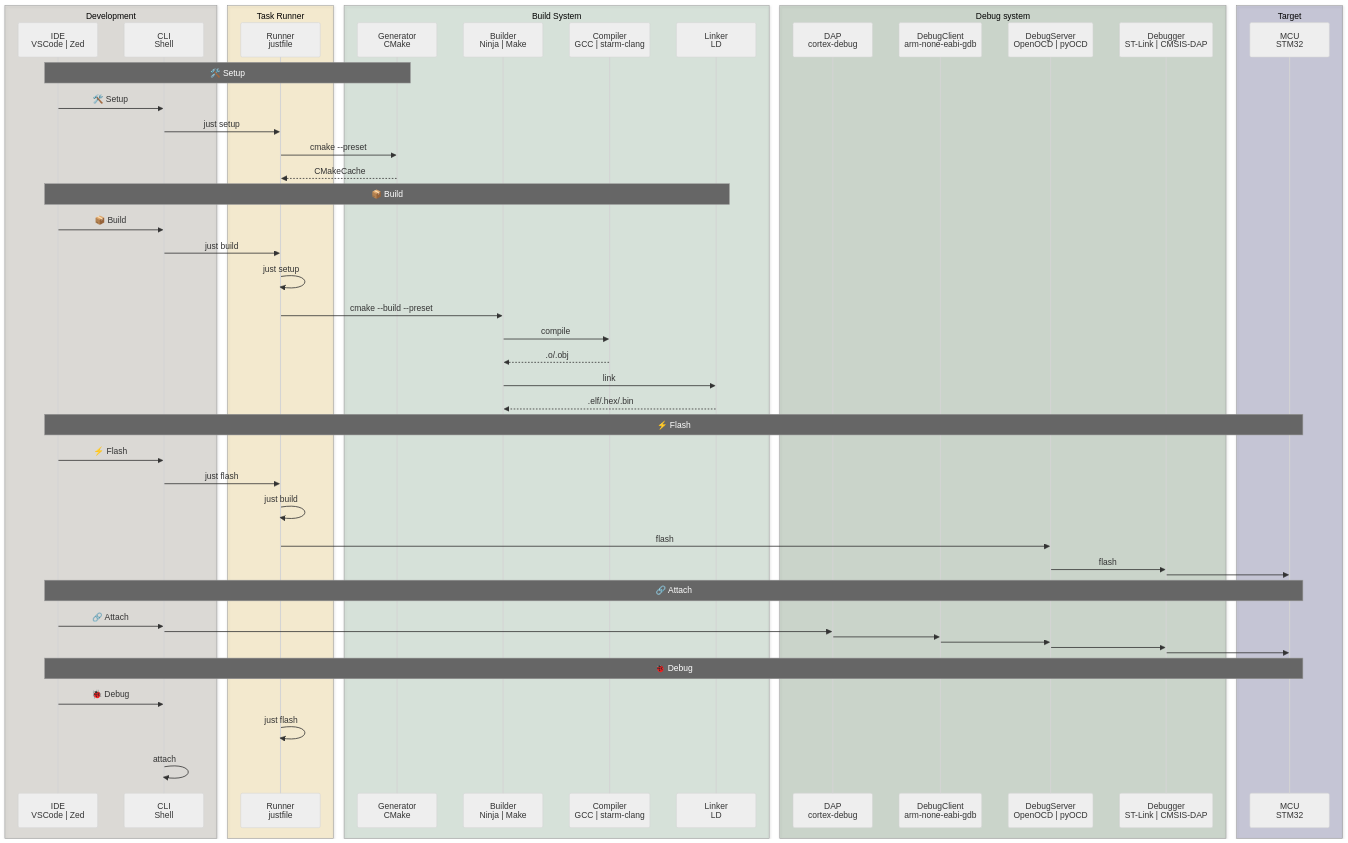
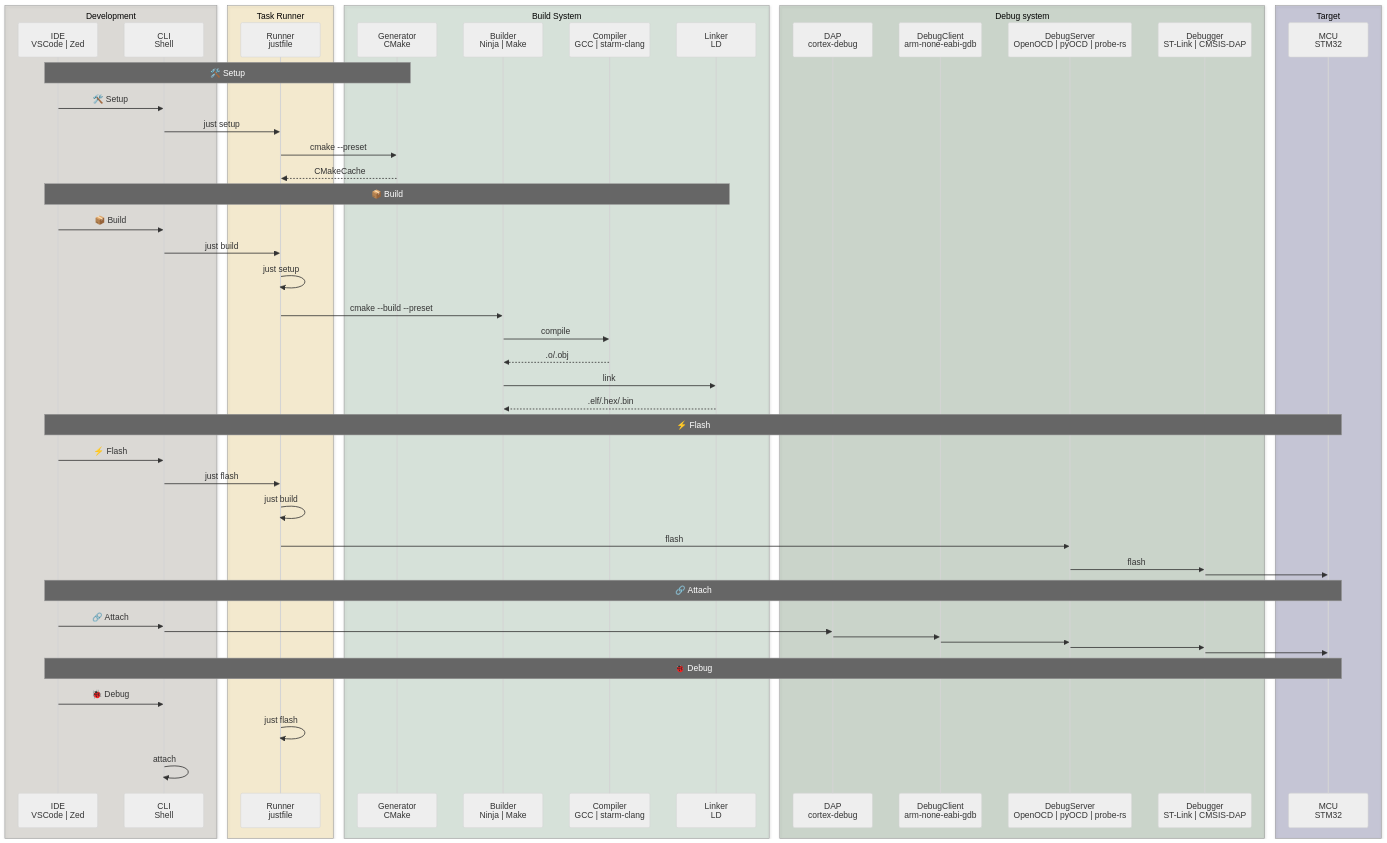
Before and after one commit to bookshiyi/stm32_prj_tmpl: the diagram in README.md, drawn with Mermaid (neutral theme). The commit also changed other lines of this file, not shown here.

````diff
--- a/README.md
+++ b/README.md
@@ -82,71 +83,71 @@
 ```mermaid
 sequenceDiagram
     box rgba(129, 122, 101, 0.2) Development
     participant IDE as IDE<br/>VSCode | Zed
     participant CLI as CLI<br/>Shell
     end
 
     box rgba(248, 198, 66, 0.2) Task Runner
     participant Runner as Runner<br/>justfile
     end
 
     box rgba(108, 161, 120, 0.2) Build System
     participant Generator as Generator<br/>CMake
     participant Builder as Builder<br/>Ninja | Make
     participant Compiler as Compiler<br/>GCC | starm-clang
     participant Linker as Linker<br/>LD
     end
 
     box rgba(48, 96, 48, 0.2) Debug system
     participant DAP as DAP<br/>cortex-debug
     participant DebugClient as DebugClient<br/>arm-none-eabi-gdb
-    participant DebugServer as DebugServer<br/>OpenOCD | pyOCD
+    participant DebugServer as DebugServer<br/>OpenOCD | pyOCD | probe-rs
     participant Debugger as Debugger<br/>ST-Link | CMSIS-DAP
     end
 
     box rgba(20, 20, 100, 0.2) Target
     participant MCU as MCU<br/>STM32
     end
 
     %% Just Setup 阶段
     Note over IDE, Generator: 🛠️ Setup
     IDE ->> CLI: 🛠️ Setup
     CLI ->> Runner: just setup
     Runner ->> Generator: cmake --preset
     Generator -->> Runner: CMakeCache
 
     %% Just Build 阶段
     Note over IDE, Linker: 📦 Build
     IDE ->> CLI: 📦 Build
     CLI ->> Runner: just build
     Runner ->> Runner: just setup
     Runner ->> Builder: cmake --build --preset
     Builder ->> Compiler: compile
     Compiler -->> Builder: .o/.obj
     Builder ->> Linker: link
     Linker -->> Builder: .elf/.hex/.bin
 
     %% Just Flash 阶段
     Note over IDE, MCU: ⚡️ Flash
     IDE ->> CLI: ⚡️ Flash
     CLI ->> Runner: just flash
     Runner ->> Runner: just build
     Runner ->> DebugServer: flash
     DebugServer ->> Debugger: flash
     Debugger ->> MCU:
 
     %% Debug 阶段
     Note over IDE, MCU: 🔗 Attach
     IDE ->> CLI: 🔗 Attach
     CLI ->> DAP:
     DAP ->> DebugClient:
     DebugClient ->> DebugServer:
     DebugServer ->> Debugger:
     Debugger ->> MCU:
 
     %% Debug 阶段
     Note over IDE, MCU: 🐞 Debug
     IDE ->> CLI: 🐞 Debug
     Runner ->> Runner: just flash
     CLI ->> CLI: attach
 ```
````
